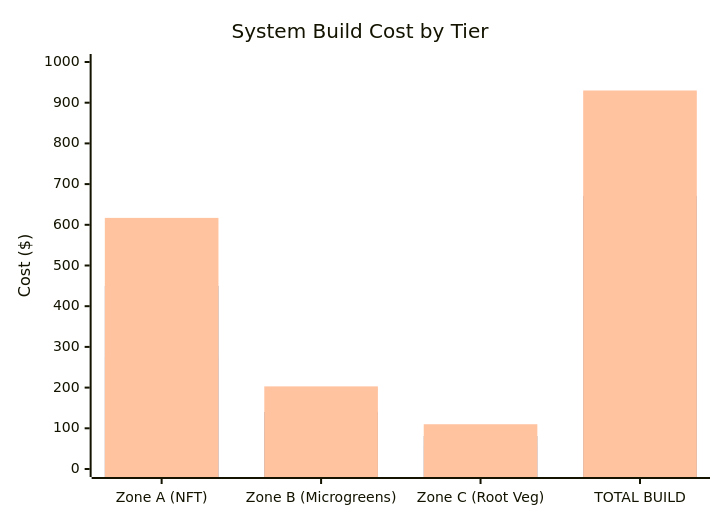
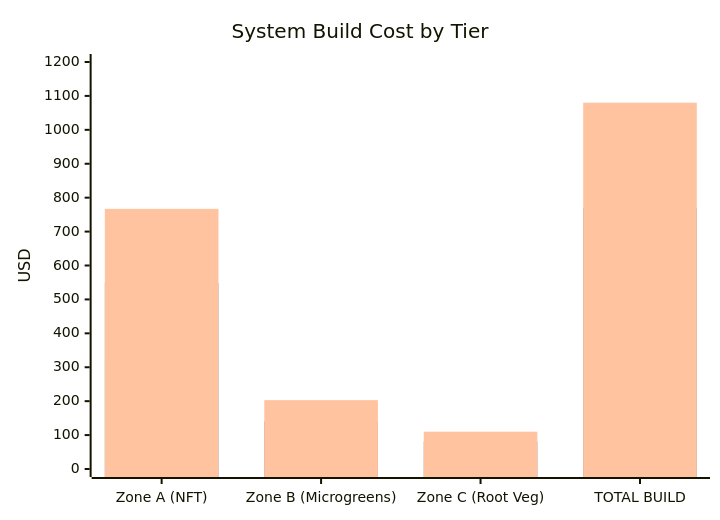
Before and after one commit to UncleJS/guide_hydroponics: the third of 3 diagrams in guide/nft/12-budget-and-sourcing.md, drawn with Mermaid. The commit also changed other lines of this file and 35 other files, not shown here.

````diff
--- a/guide/nft/12-budget-and-sourcing.md
+++ b/guide/nft/12-budget-and-sourcing.md
@@ -735,9 +759,9 @@
 ```mermaid
 xychart-beta
     title "System Build Cost by Tier"
     x-axis ["Zone A (NFT)", "Zone B (Microgreens)", "Zone C (Root Veg)", "TOTAL BUILD"]
-    y-axis "Cost ($)" 0 --> 1000
-    bar [275, 89, 57, 421]
-    bar [450, 140, 81, 671]
-    bar [617, 203, 110, 930]
+    y-axis "USD" 0 --> 1200
+    bar [322, 89, 57, 468]
+    bar [548, 140, 81, 769]
+    bar [767, 203, 110, 1080]
 ```
````
